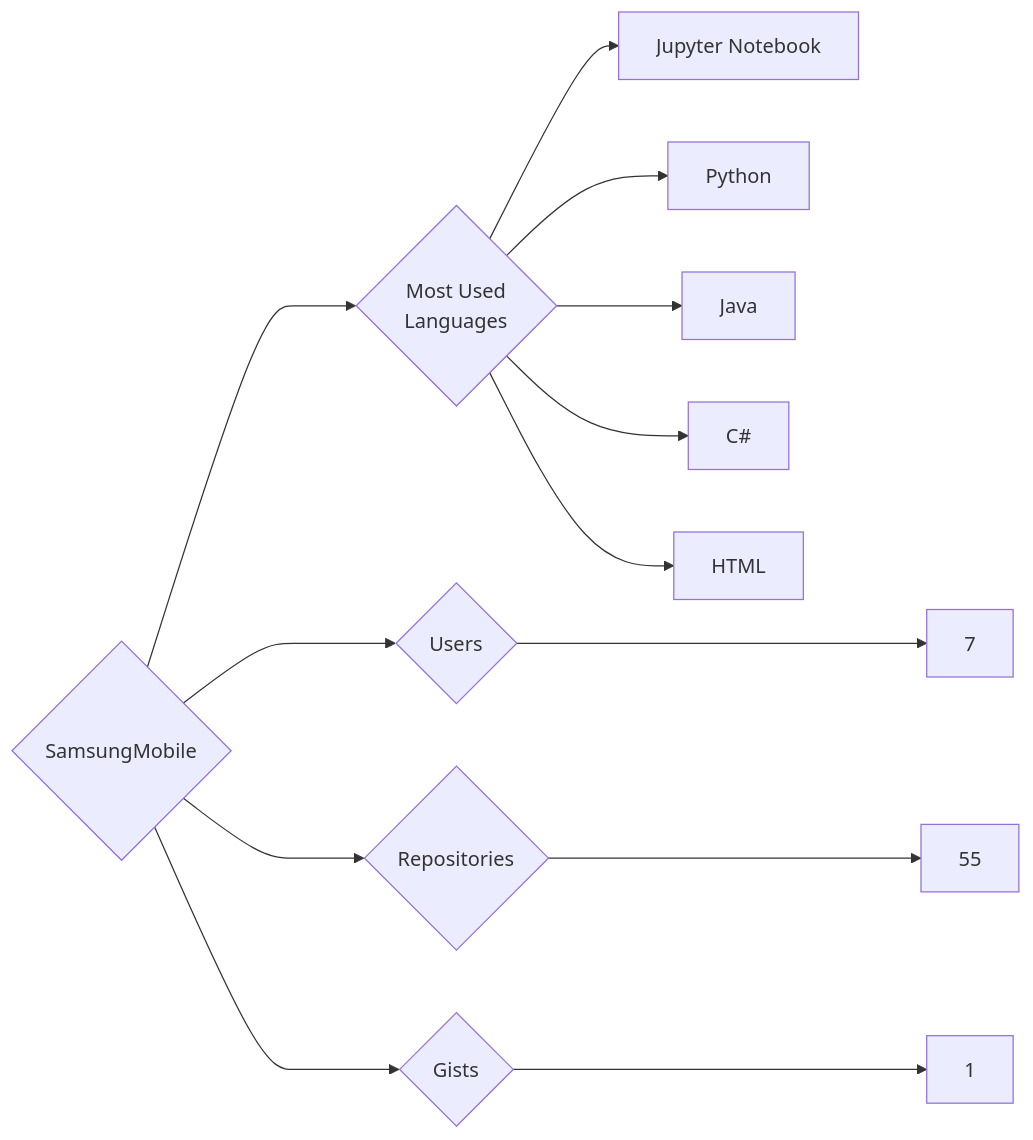
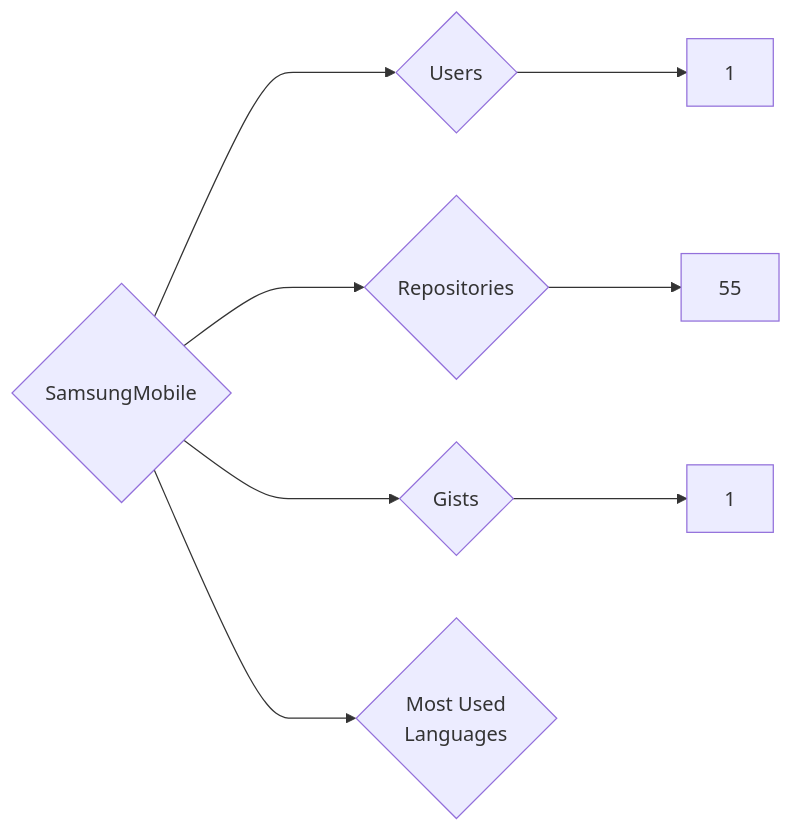
One commit to trickest/insiders changed the diagram in targets/SamsungMobile/README.md. Above: the diagram before and after it, drawn with Mermaid. The commit also changed 1248 other files, not shown here.

````diff
--- a/targets/SamsungMobile/README.md
+++ b/targets/SamsungMobile/README.md
@@ -3,13 +3,8 @@
 ```mermaid
 graph LR
 COMPANY_NAME{SamsungMobile}
-COMPANY_NAME ---> U{Users} ---> UN[7]
+COMPANY_NAME ---> U{Users} ---> UN[1]
 COMPANY_NAME ---> R{Repositories} ---> RN[55]
 COMPANY_NAME ---> G{Gists} ---> GN[1]
 COMPANY_NAME ---> ML{Most Used<br>Languages}
-ML --> Jupyter_Notebook[Jupyter Notebook]
-ML --> Python[Python]
-ML --> Java[Java]
-ML --> C#[C#]
-ML --> HTML[HTML]
 ```
````
